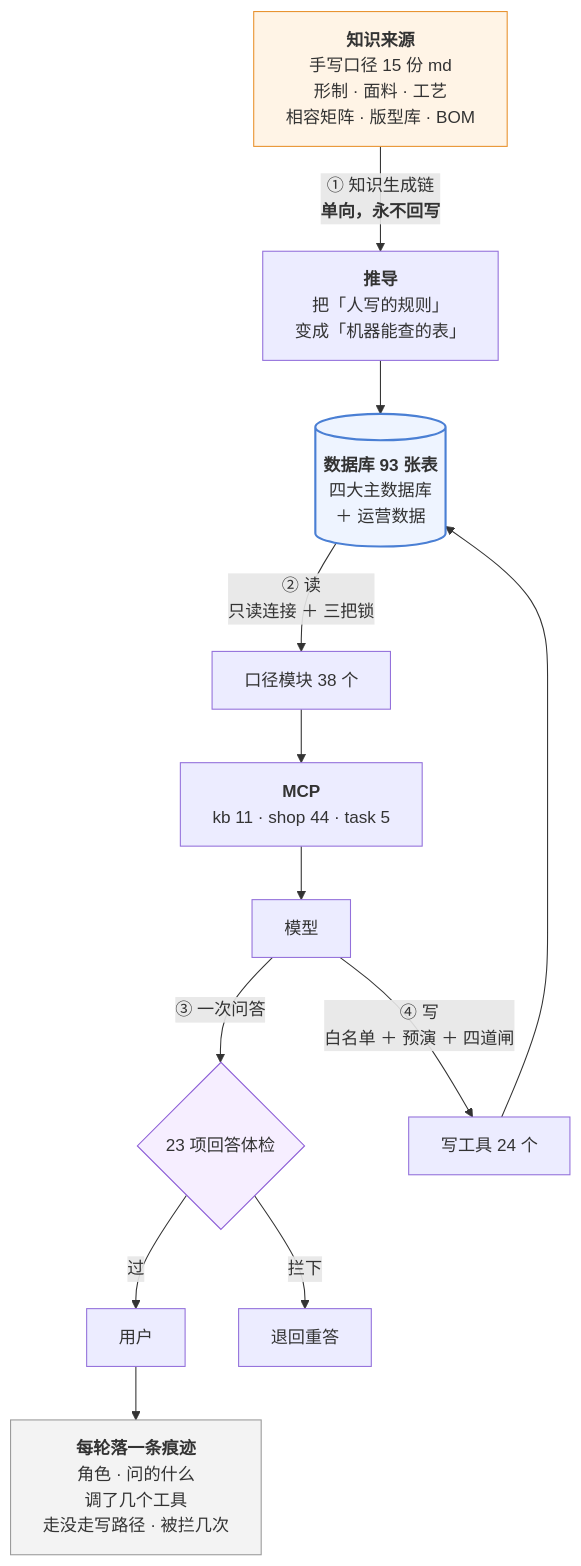
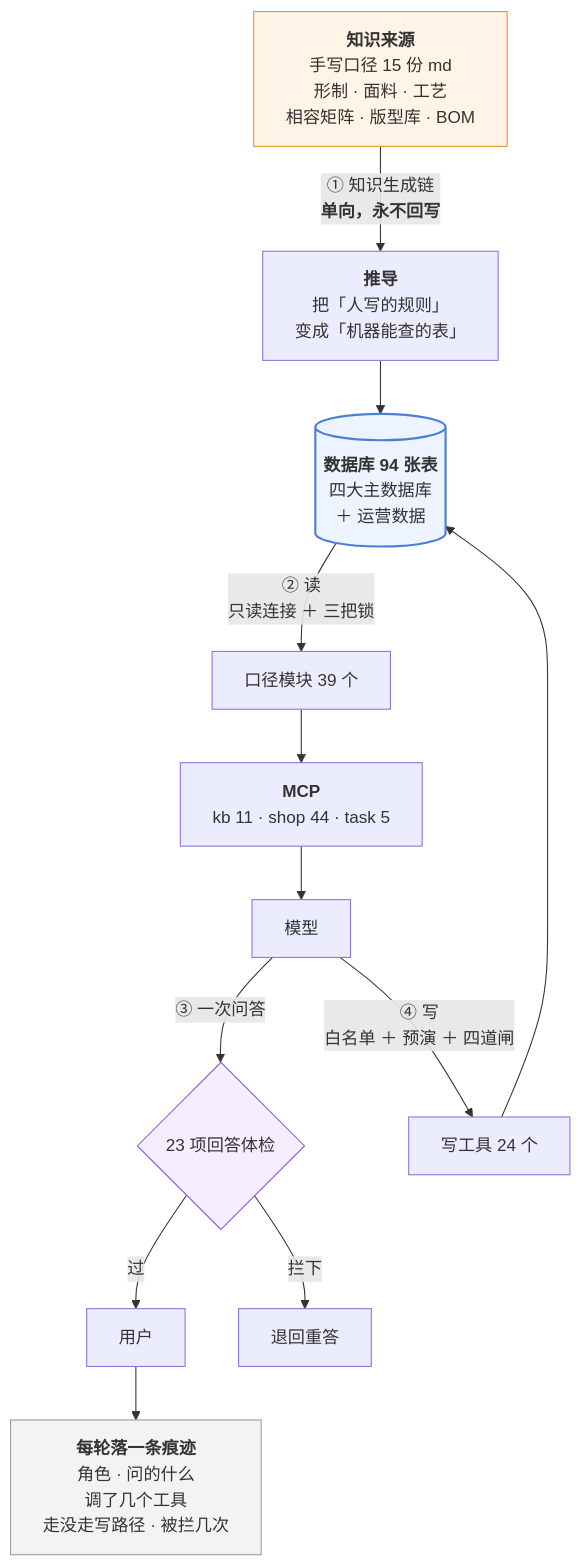
Before and after one commit to 843773296-rgb/lanxiu-yunshang-agent: the third of 3 diagrams in 澜绣云裳agent-产品说明.md, drawn with Mermaid. The commit also changed other lines of this file and 12 other files, not shown here.

````diff
--- a/澜绣云裳agent-产品说明.md
+++ b/澜绣云裳agent-产品说明.md
@@ -867,24 +867,24 @@
 ```mermaid
 flowchart TD
     MD["<b>知识来源</b><br/>手写口径 15 份 md<br/>形制 · 面料 · 工艺<br/>相容矩阵 · 版型库 · BOM"]
     MD -->|"① 知识生成链<br/><b>单向，永不回写</b>"| DV["<b>推导</b><br/>把「人写的规则」<br/>变成「机器能查的表」"]
-    DV --> DB[("<b>数据库 93 张表</b><br/>四大主数据库<br/>＋ 运营数据")]
+    DV --> DB[("<b>数据库 94 张表</b><br/>四大主数据库<br/>＋ 运营数据")]
 
-    DB -->|"② 读<br/>只读连接 ＋ 三把锁"| KJ["口径模块 38 个"]
+    DB -->|"② 读<br/>只读连接 ＋ 三把锁"| KJ["口径模块 39 个"]
     KJ --> MCP["<b>MCP</b><br/>kb 11 · shop 44 · task 5"]
     MCP --> LLM["模型"]
 
     LLM -->|"③ 一次问答"| GD{"23 项回答体检"}
     GD -- 过 --> U["用户"]
     GD -- 拦下 --> RE["退回重答"]
 
     LLM -->|"④ 写<br/>白名单 ＋ 预演 ＋ 四道闸"| W["写工具 24 个"]
     W --> DB
 
     U --> TR["<b>每轮落一条痕迹</b><br/>角色 · 问的什么<br/>调了几个工具<br/>走没走写路径 · 被拦几次"]
 
     style MD fill:#fff4e6,stroke:#e8912d
     style DB fill:#eef4ff,stroke:#4a7fd4,stroke-width:2px
     style GD fill:#f6eeff,stroke:#8b5cd6
     style TR fill:#f3f3f3,stroke:#999
 ```
````
